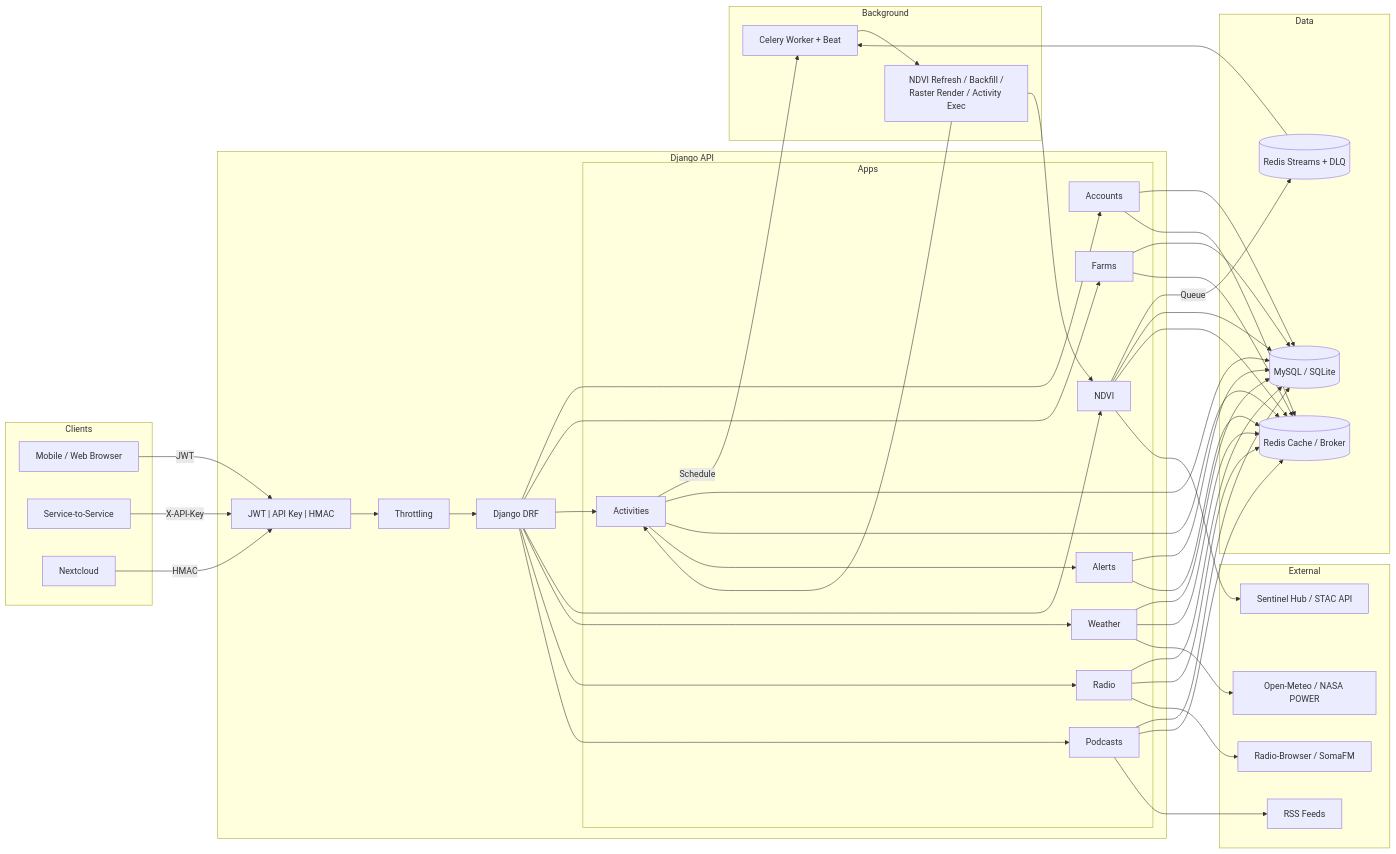
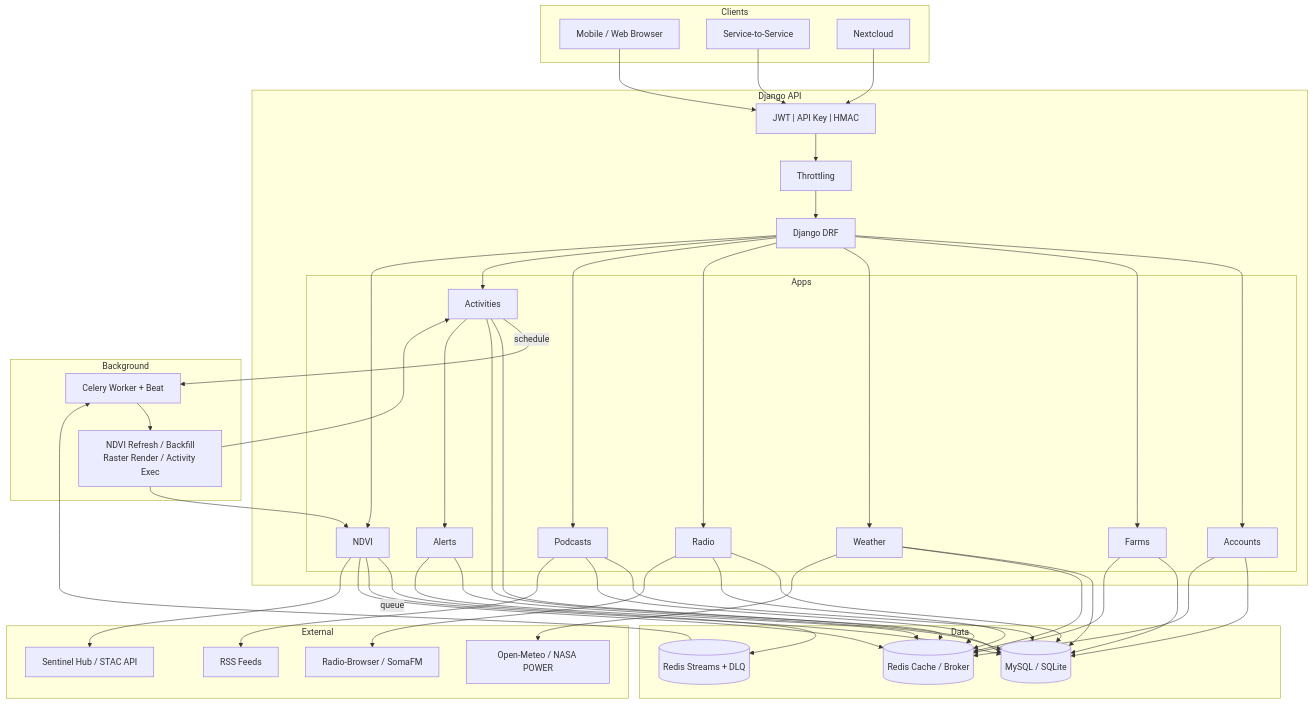
The diagram in README.md (rahim8050/Farm-Intelligence-Platform), drawn with Mermaid before and after one commit.

Commit message:
fix: switch mermaid to top-down layout for GitHub fit

````diff
--- a/README.md
+++ b/README.md
@@ -32,68 +32,61 @@
 ```mermaid
-flowchart LR
+flowchart TD
   subgraph Clients
     Browser[Mobile / Web Browser]
     S2S[Service-to-Service]
     NC[Nextcloud]
   end
 
   subgraph Django API
     Auth["JWT | API Key | HMAC"]
     Throttle[Throttling]
     Gateway[Django DRF]
 
     subgraph Apps
       Accounts[Accounts]
       Farms[Farms]
       Activities[Activities]
       NDVI[NDVI]
       Weather[Weather]
       Radio[Radio]
       Podcasts[Podcasts]
       Alerts[Alerts]
     end
   end
 
   subgraph Data
     DB[(MySQL / SQLite)]
     Redis[(Redis Cache / Broker)]
     Streams[(Redis Streams + DLQ)]
   end
 
   subgraph Background
     Celery[Celery Worker + Beat]
-    Tasks[NDVI Refresh / Backfill /<br/>Raster Render / Activity Exec]
+    Tasks[NDVI Refresh / Backfill<br/>Raster Render / Activity Exec]
   end
 
   subgraph External
     SH[Sentinel Hub / STAC API]
     WM[Open-Meteo / NASA POWER]
     RB[Radio-Browser / SomaFM]
     RSS[RSS Feeds]
   end
 
-  Browser -->|JWT| Auth
-  S2S -->|X-API-Key| Auth
-  NC -->|HMAC| Auth
-  Auth --> Throttle --> Gateway
+  Browser & S2S & NC --> Auth --> Throttle --> Gateway
 
-  Gateway --> Accounts & Farms
-  Gateway --> Activities -->|Schedule| Celery
-  Gateway --> NDVI -->|Queue| Streams
-  Gateway --> Weather & Radio & Podcasts
+  Gateway --> Accounts & Farms & Weather & Radio & Podcasts
+  Gateway --> Activities -->|schedule| Celery
+  Gateway --> NDVI -->|queue| Streams
 
-  Accounts & Farms & Activities & NDVI --> DB
-  Weather & Radio & Podcasts & Alerts --> DB
-  Accounts & Farms & Activities & NDVI --> Redis
-  Weather & Radio & Podcasts & Alerts --> Redis
+  Accounts & Farms & Activities & NDVI --> DB & Redis
+  Weather & Radio & Podcasts & Alerts --> DB & Redis
 
   Streams --> Celery
-  Celery --> Tasks
-  Tasks --> NDVI & Activities
+  Celery --> Tasks --> NDVI & Activities
   Activities --> Alerts
 
   NDVI --> SH
   Weather --> WM
   Radio --> RB
   Podcasts --> RSS
 ```
````
